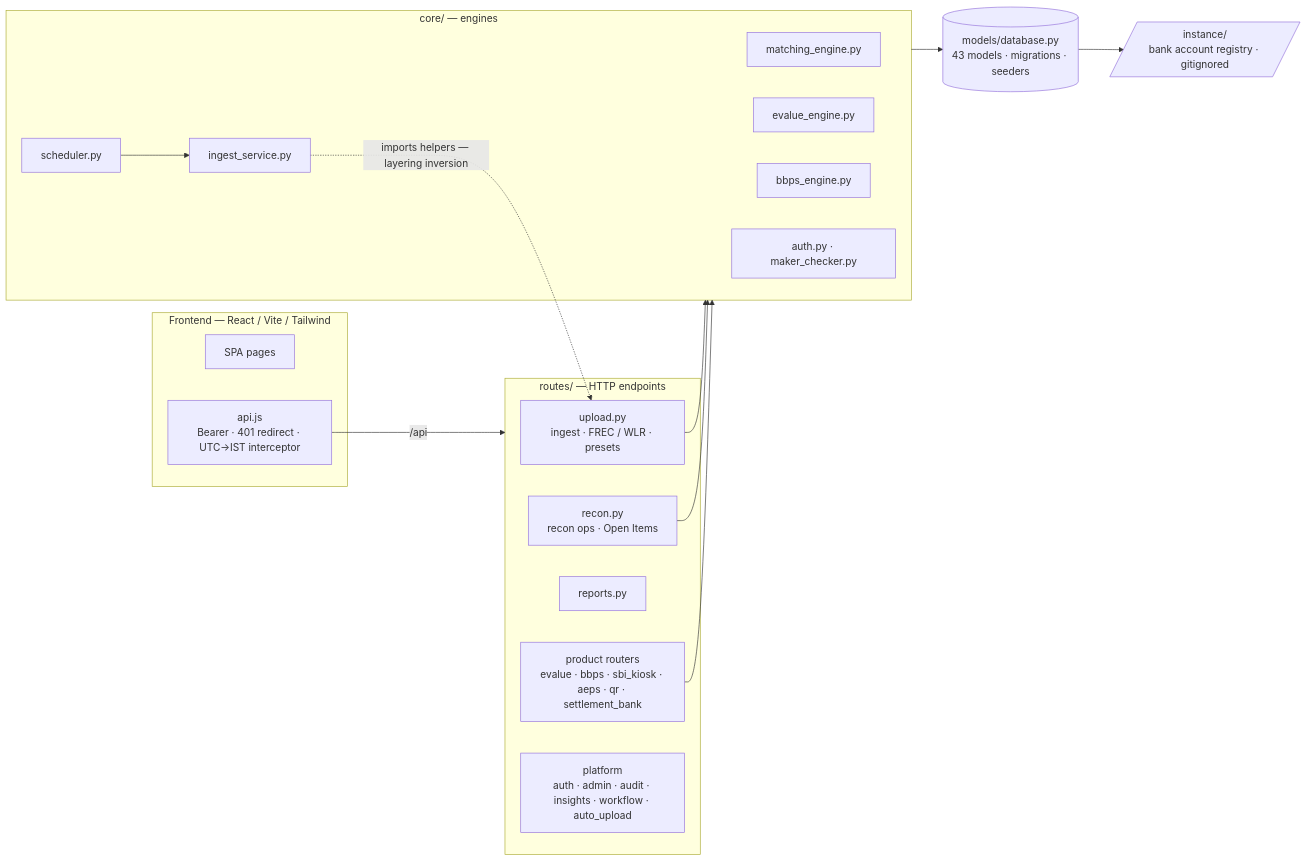
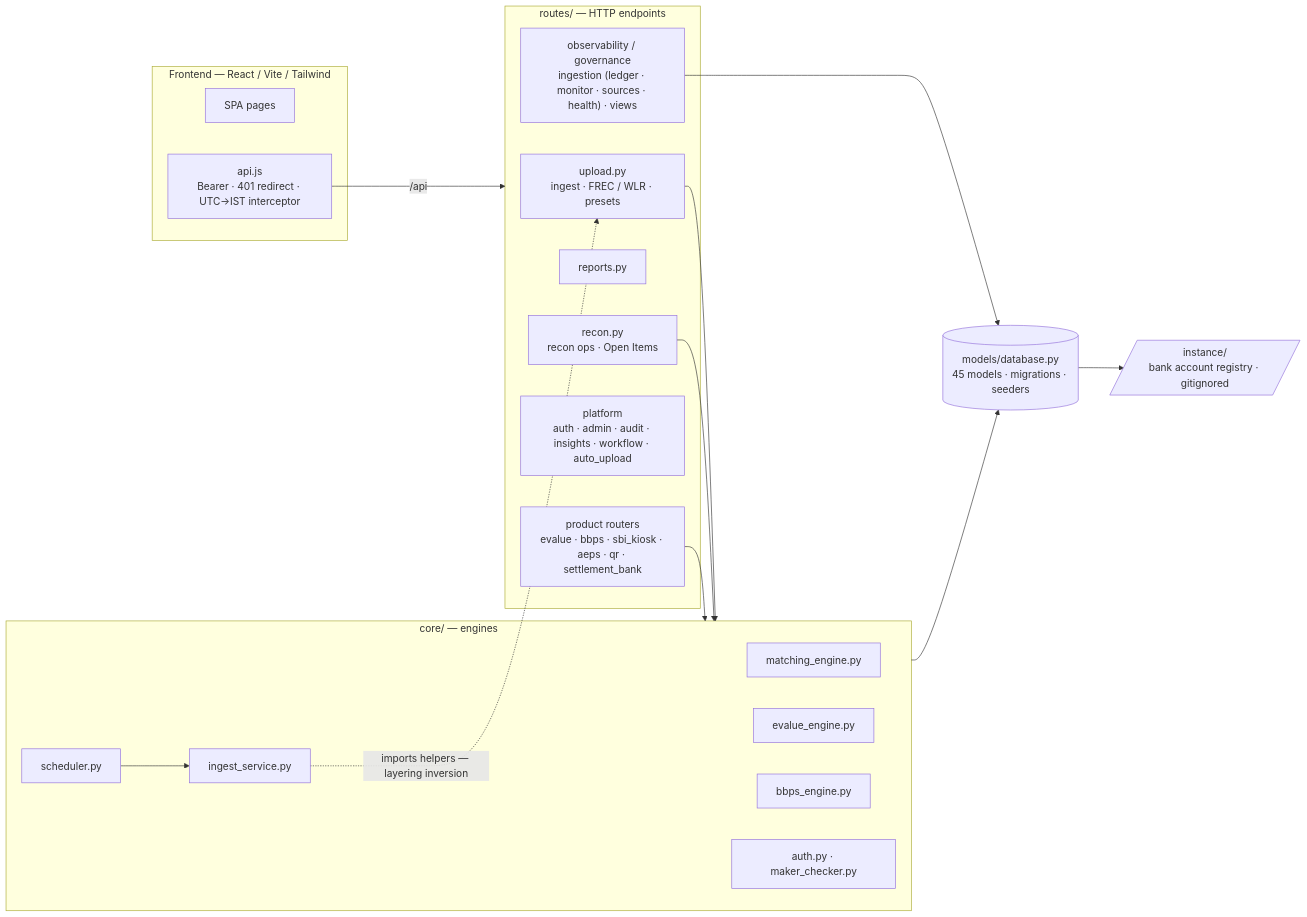
Before and after one commit to ekoindia/reconciliation-app: the first of 3 diagrams in docs/architecture.md, drawn with Mermaid. The commit also changed other lines of this file and 3 other files, not shown here.

First line of the commit message:
docs: bring docs current with the 6.3 governance/observability layer

````diff
--- a/docs/architecture.md
+++ b/docs/architecture.md
@@ -8,33 +8,35 @@
 ```mermaid
 flowchart LR
     subgraph fe["Frontend — React / Vite / Tailwind"]
         spa["SPA pages"]
         ax["api.js<br/>Bearer · 401 redirect · UTC→IST interceptor"]
     end
     subgraph routes["routes/ — HTTP endpoints"]
         up["upload.py<br/>ingest · FREC / WLR · presets"]
         rc["recon.py<br/>recon ops · Open Items"]
         rep["reports.py"]
         prod["product routers<br/>evalue · bbps · sbi_kiosk · aeps · qr · settlement_bank"]
         plat["platform<br/>auth · admin · audit · insights · workflow · auto_upload"]
+        obs["observability / governance<br/>ingestion (ledger · monitor · sources · health) · views"]
     end
     subgraph core["core/ — engines"]
         me["matching_engine.py"]
         ev["evalue_engine.py"]
         bb["bbps_engine.py"]
         ig["ingest_service.py"]
         sc["scheduler.py"]
         au["auth.py · maker_checker.py"]
     end
-    db[("models/database.py<br/>43 models · migrations · seeders")]
+    db[("models/database.py<br/>45 models · migrations · seeders")]
     inst[/"instance/<br/>bank account registry · gitignored"/]
 
     ax -->|"/api"| routes
     up --> core
     rc --> core
     prod --> core
+    obs --> db
     core --> db
     sc --> ig
     ig -.->|"imports helpers — layering inversion"| up
     db --> inst
 ```
````
